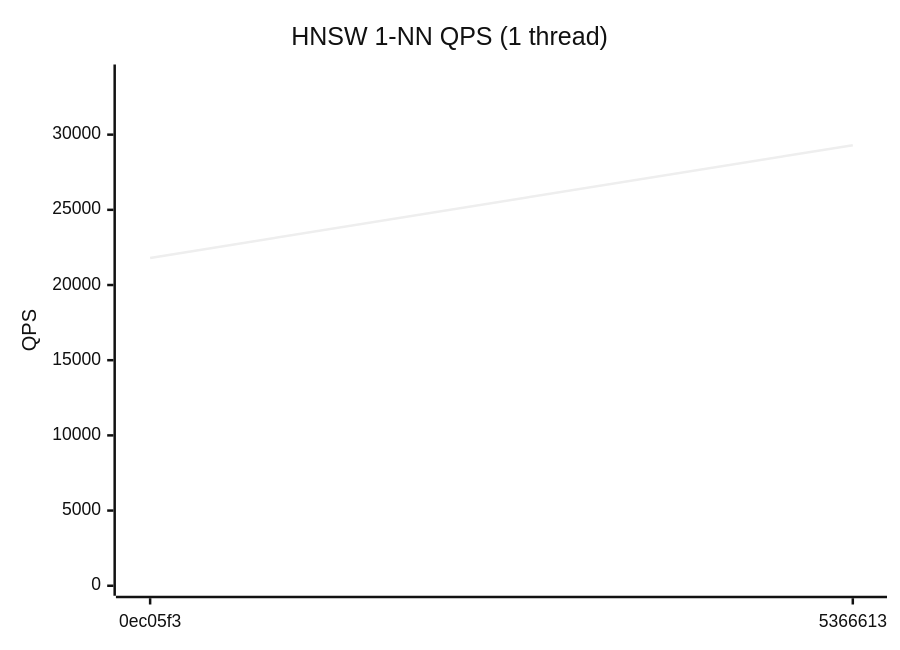
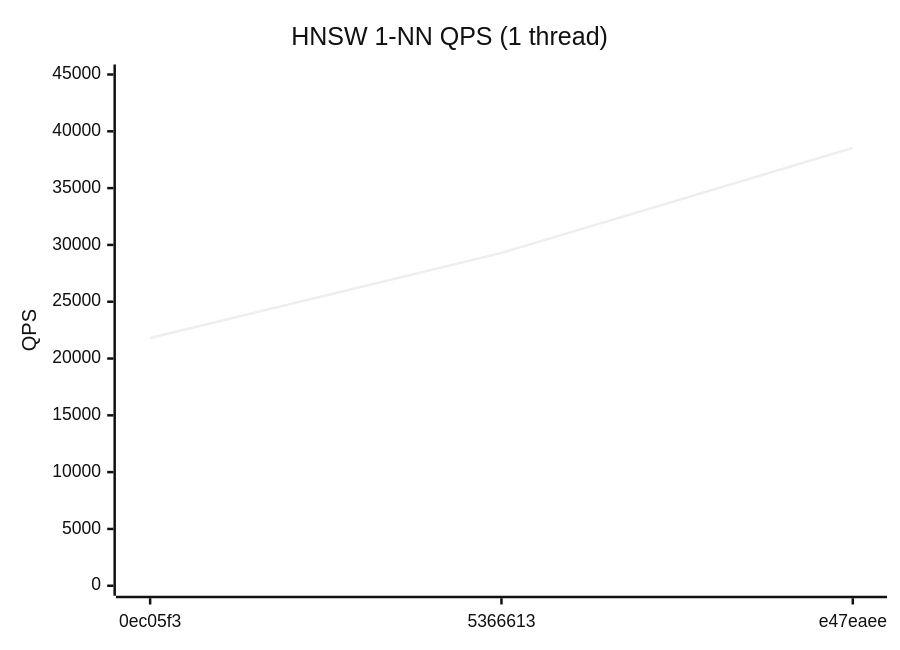
One commit to bibidhSubedi0/RedBoxDb changed the first of 4 diagrams in benchmarks/REPORT.md. Above: the diagram before and after it, drawn with Mermaid (neutral theme). The commit also changed other lines of this file and 1 other file, not shown here.

Commit message:
bench: update performance report [e47eaee] [skip ci] (#131)

````diff
--- a/benchmarks/REPORT.md
+++ b/benchmarks/REPORT.md
@@ -19,7 +19,7 @@
 ```mermaid
 xychart-beta
   title "HNSW 1-NN QPS (1 thread)"
-  x-axis ["0ec05f3", "5366613"]
-  y-axis "QPS" 0 --> 34000
-  line [21803, 29297]
+  x-axis ["0ec05f3", "5366613", "e47eaee"]
+  y-axis "QPS" 0 --> 45000
+  line [21803, 29297, 38537]
 ```
````
